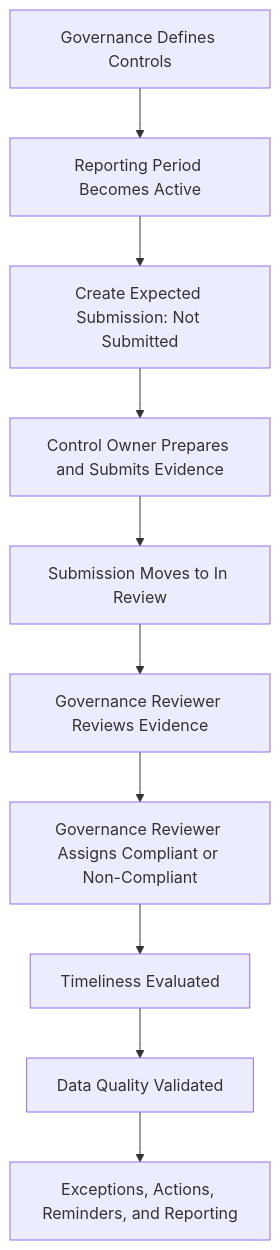
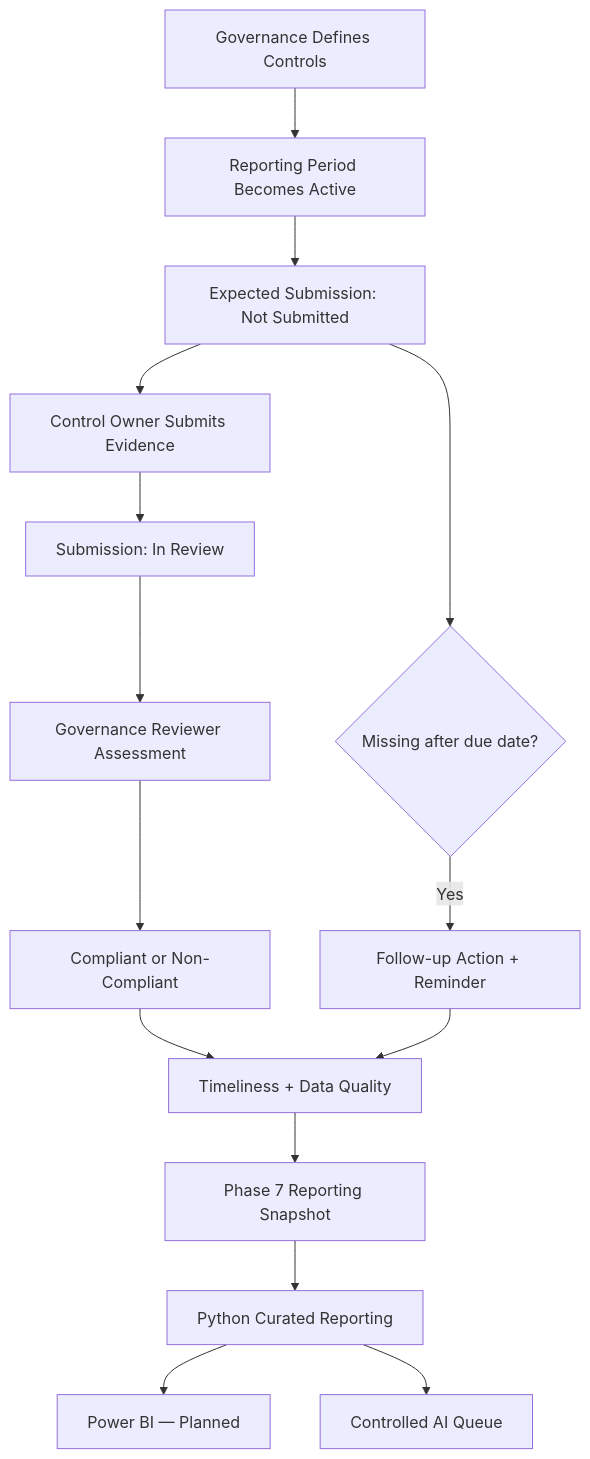
Before and after one commit to gw-ai-security/cyber-governance-automation-lab: the diagram in docs/business_process.md, drawn with Mermaid. The commit also changed other lines of this file, not shown here.

````diff
--- a/docs/business_process.md
+++ b/docs/business_process.md
@@ -383,12 +501,19 @@
 ```mermaid
 flowchart TD
     A[Governance Defines Controls] --> B[Reporting Period Becomes Active]
-    B --> C[Create Expected Submission: Not Submitted]
-    C --> D[Control Owner Prepares and Submits Evidence]
-    D --> E[Submission Moves to In Review]
-    E --> F[Governance Reviewer Reviews Evidence]
-    F --> G[Governance Reviewer Assigns Compliant or Non-Compliant]
-    G --> H[Timeliness Evaluated]
-    H --> I[Data Quality Validated]
-    I --> J[Exceptions, Actions, Reminders, and Reporting]
+    B --> C[Expected Submission: Not Submitted]
+    C --> D[Control Owner Submits Evidence]
+    D --> E[Submission: In Review]
+    E --> F[Governance Reviewer Assessment]
+    F --> G[Compliant or Non-Compliant]
+
+    C --> H{Missing after due date?}
+    H -->|Yes| I[Follow-up Action + Reminder]
+
+    G --> J[Timeliness + Data Quality]
+    I --> J
+    J --> K[Phase 7 Reporting Snapshot]
+    K --> L[Python Curated Reporting]
+    L --> M[Power BI — Planned]
+    L --> N[Controlled AI Queue]
 ```
````
